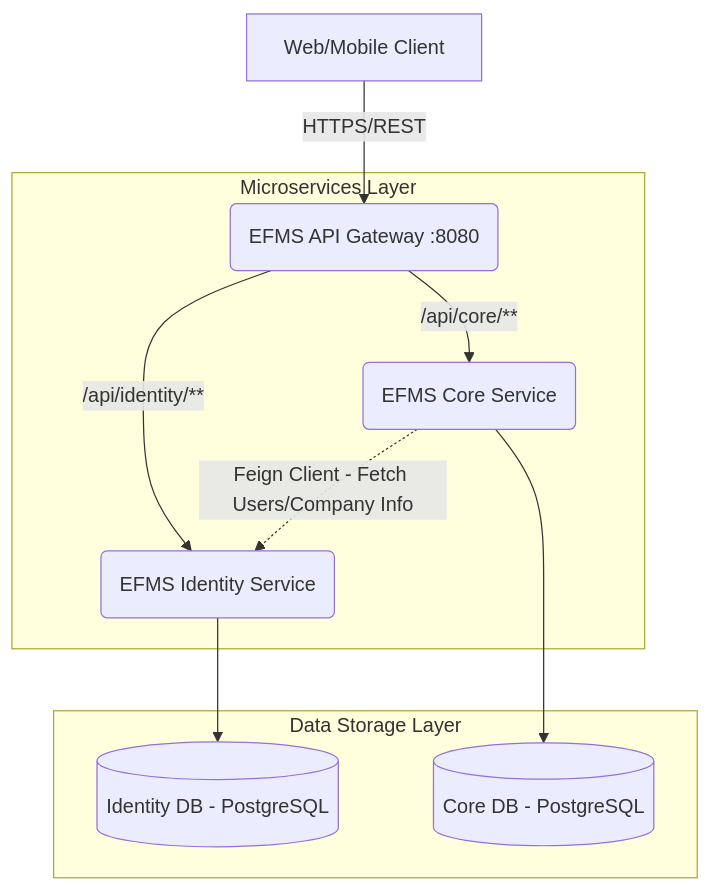
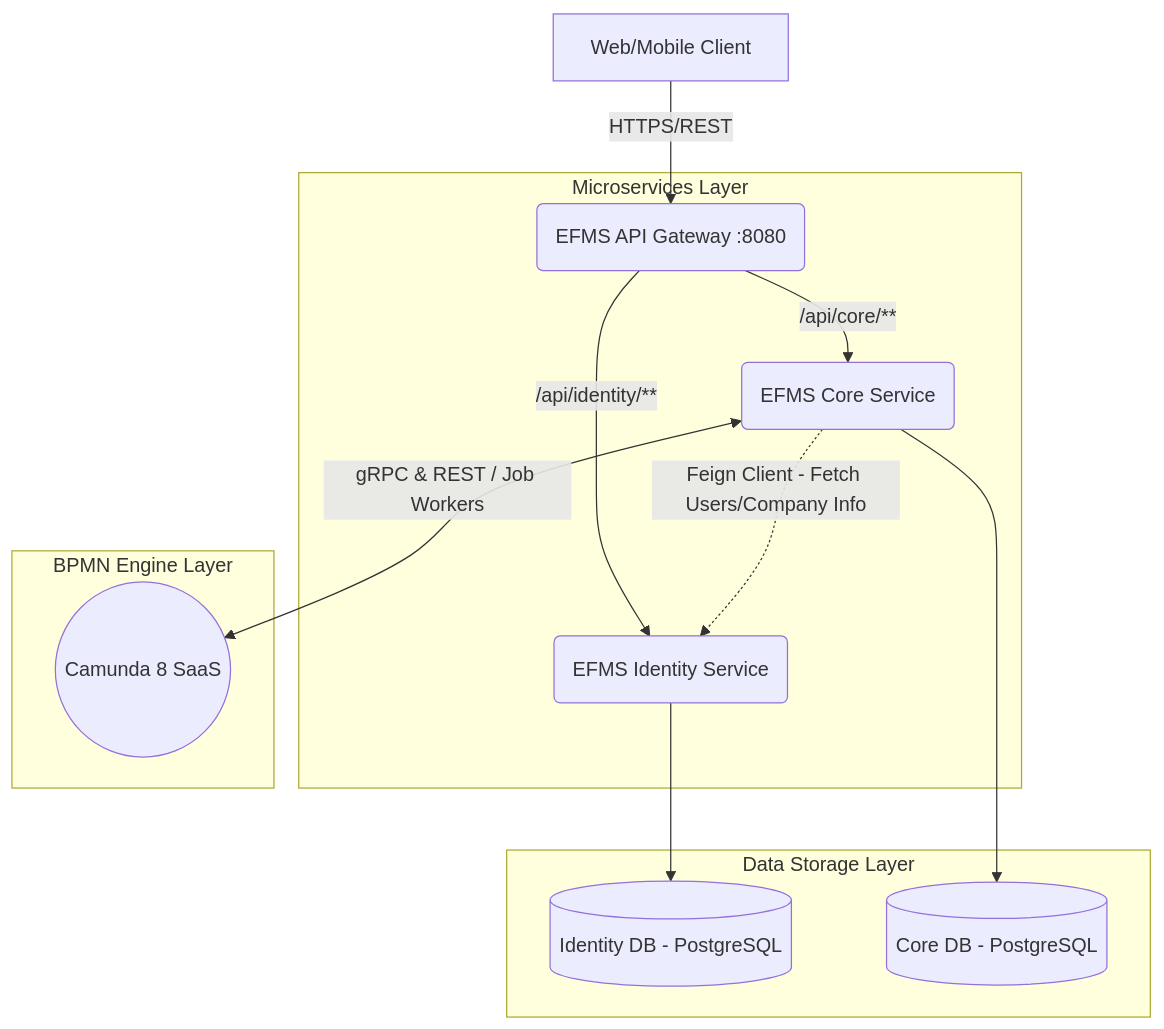
Before and after one commit to VietLinh1104/efms-core-service: the diagram in doc/Microservice-Architecture.md, drawn with Mermaid. The commit also changed other lines of this file and 8 other files, not shown here.

````diff
--- a/doc/Microservice-Architecture.md
+++ b/doc/Microservice-Architecture.md
@@ -9,17 +9,22 @@
 ```mermaid
 graph TD
     Client[Web/Mobile Client] -->|HTTPS/REST| Gateway(EFMS API Gateway :8080)
     
     subgraph "Microservices Layer"
         Gateway -->|/api/identity/**| Identity(EFMS Identity Service)
         Gateway -->|/api/core/**| Core(EFMS Core Service)
     end
     
+    subgraph "BPMN Engine Layer"
+        Camunda((Camunda 8 SaaS))
+        Core <-->|gRPC & REST / Job Workers| Camunda
+    end
+
     subgraph "Data Storage Layer"
         Identity --> DB_Id[(Identity DB - PostgreSQL)]
         Core --> DB_Core[(Core DB - PostgreSQL)]
     end
     
     %% Service to Service Communication
     Core -.->|Feign Client - Fetch Users/Company Info| Identity
 ```
````
